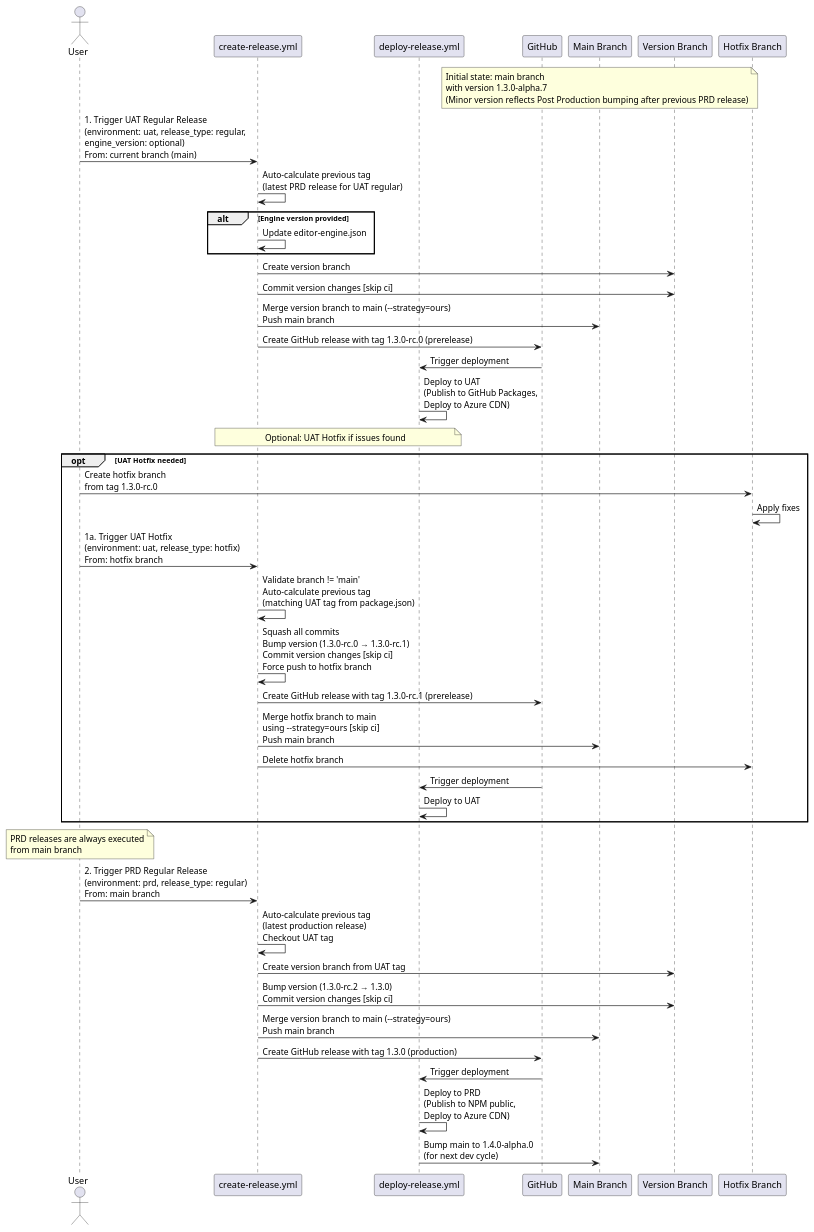
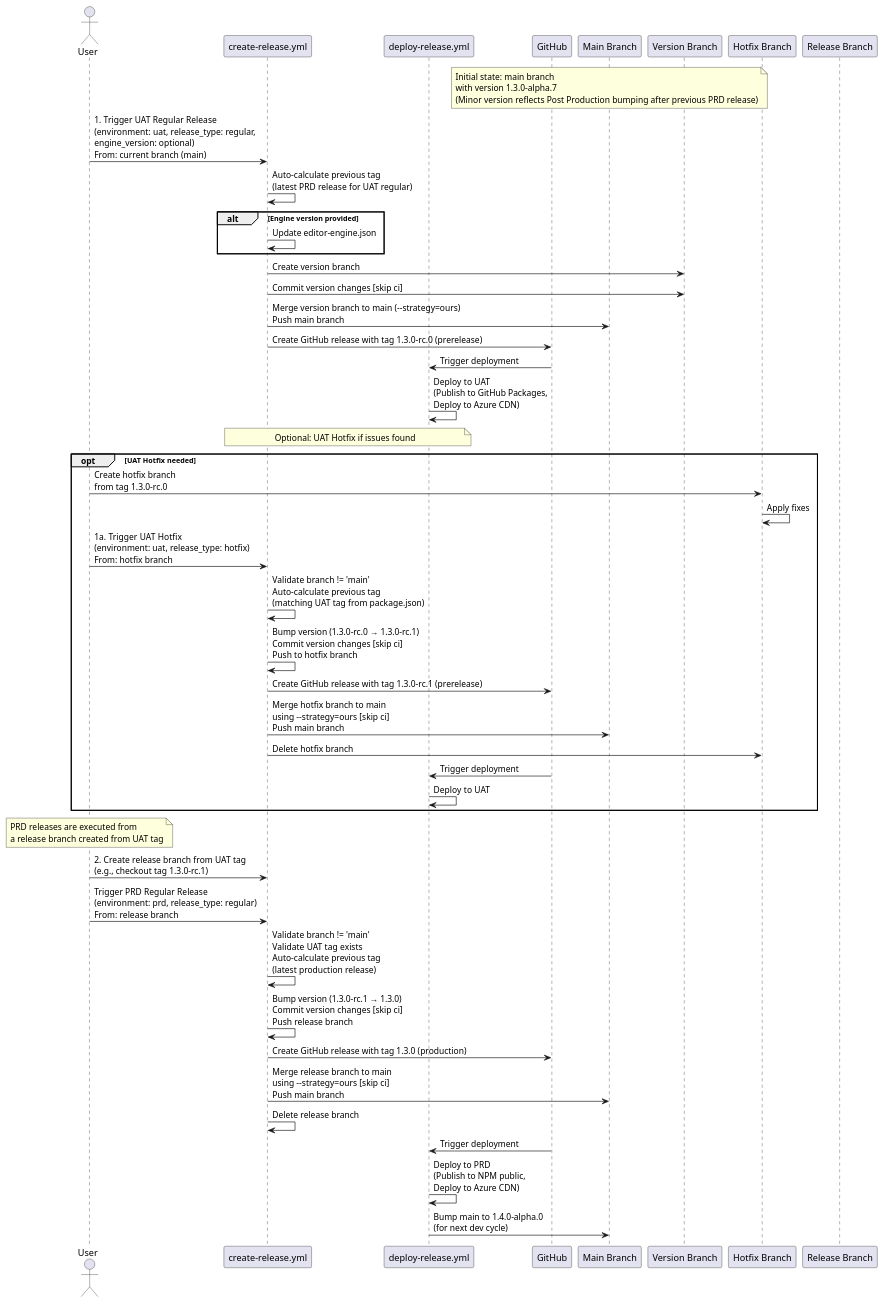
One commit to chili-publish/studio-sdk changed the first of 2 diagrams in RELEASE_PIPELINE.md. Above: the diagram before and after it, drawn with PlantUML. The commit also changed other lines of this file, not shown here.

Commit message:
chore: update release pipeline

````diff
--- a/RELEASE_PIPELINE.md
+++ b/RELEASE_PIPELINE.md
@@ -5,52 +5,54 @@
 ```plantuml
 @startuml
 actor User
 participant "create-release.yml" as CreateRelease
 participant "deploy-release.yml" as DeployRelease
 participant "GitHub" as GitHub
 participant "Main Branch" as Main
 participant "Version Branch" as VersionBranch
 participant "Hotfix Branch" as HotfixBranch
+participant "Release Branch" as ReleaseBranch
 
 note over Main: Initial state: main branch\nwith version 1.3.0-alpha.7\n(Minor version reflects Post Production bumping after previous PRD release)
 
 User -> CreateRelease: 1. Trigger UAT Regular Release\n(environment: uat, release_type: regular,\nengine_version: optional)\nFrom: current branch (main)
 CreateRelease -> CreateRelease: Auto-calculate previous tag\n(latest PRD release for UAT regular)
 alt Engine version provided
     CreateRelease -> CreateRelease: Update editor-engine.json
 end
 CreateRelease -> VersionBranch: Create version branch
 CreateRelease -> VersionBranch: Commit version changes [skip ci]
 CreateRelease -> Main: Merge version branch to main (--strategy=ours)\nPush main branch
 CreateRelease -> GitHub: Create GitHub release with tag 1.3.0-rc.0 (prerelease)
 GitHub -> DeployRelease: Trigger deployment
 DeployRelease -> DeployRelease: Deploy to UAT\n(Publish to GitHub Packages,\nDeploy to Azure CDN)
 
 note over CreateRelease,DeployRelease: Optional: UAT Hotfix if issues found
 
 opt UAT Hotfix needed
     User -> HotfixBranch: Create hotfix branch\nfrom tag 1.3.0-rc.0
     HotfixBranch -> HotfixBranch: Apply fixes
     User -> CreateRelease: 1a. Trigger UAT Hotfix\n(environment: uat, release_type: hotfix)\nFrom: hotfix branch
     CreateRelease -> CreateRelease: Validate branch != 'main'\nAuto-calculate previous tag\n(matching UAT tag from package.json)
-    CreateRelease -> CreateRelease: Squash all commits\nBump version (1.3.0-rc.0 → 1.3.0-rc.1)\nCommit version changes [skip ci]\nForce push to hotfix branch
+    CreateRelease -> CreateRelease: Bump version (1.3.0-rc.0 → 1.3.0-rc.1)\nCommit version changes [skip ci]\nPush to hotfix branch
     CreateRelease -> GitHub: Create GitHub release with tag 1.3.0-rc.1 (prerelease)
     CreateRelease -> Main: Merge hotfix branch to main\nusing --strategy=ours [skip ci]\nPush main branch
     CreateRelease -> HotfixBranch: Delete hotfix branch
     GitHub -> DeployRelease: Trigger deployment
     DeployRelease -> DeployRelease: Deploy to UAT
 end
 
-note over User: PRD releases are always executed\nfrom main branch
-User -> CreateRelease: 2. Trigger PRD Regular Release\n(environment: prd, release_type: regular)\nFrom: main branch
-CreateRelease -> CreateRelease: Auto-calculate previous tag\n(latest production release)\nCheckout UAT tag
-CreateRelease -> VersionBranch: Create version branch from UAT tag
-CreateRelease -> VersionBranch: Bump version (1.3.0-rc.2 → 1.3.0)\nCommit version changes [skip ci]
-CreateRelease -> Main: Merge version branch to main (--strategy=ours)\nPush main branch
+note over User: PRD releases are executed from\na release branch created from UAT tag
+User -> CreateRelease: 2. Create release branch from UAT tag\n(e.g., checkout tag 1.3.0-rc.1)
+User -> CreateRelease: Trigger PRD Regular Release\n(environment: prd, release_type: regular)\nFrom: release branch
+CreateRelease -> CreateRelease: Validate branch != 'main'\nValidate UAT tag exists\nAuto-calculate previous tag\n(latest production release)
+CreateRelease -> CreateRelease: Bump version (1.3.0-rc.1 → 1.3.0)\nCommit version changes [skip ci]\nPush release branch
 CreateRelease -> GitHub: Create GitHub release with tag 1.3.0 (production)
+CreateRelease -> Main: Merge release branch to main\nusing --strategy=ours [skip ci]\nPush main branch
+CreateRelease -> CreateRelease: Delete release branch
 GitHub -> DeployRelease: Trigger deployment
 DeployRelease -> DeployRelease: Deploy to PRD\n(Publish to NPM public,\nDeploy to Azure CDN)
 DeployRelease -> Main: Bump main to 1.4.0-alpha.0\n(for next dev cycle)
 
 @enduml
 ```
````
